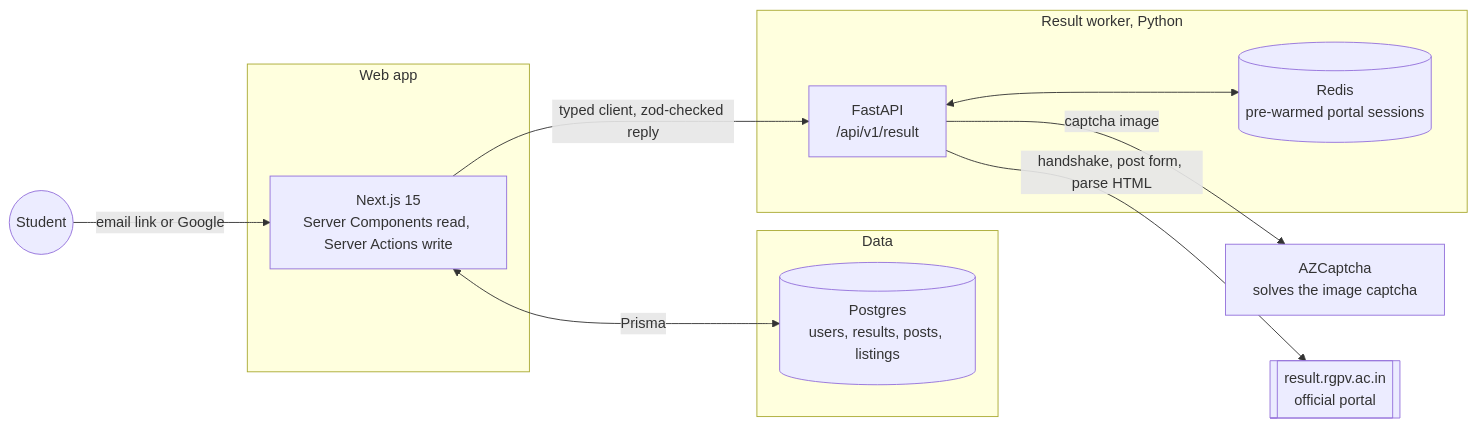
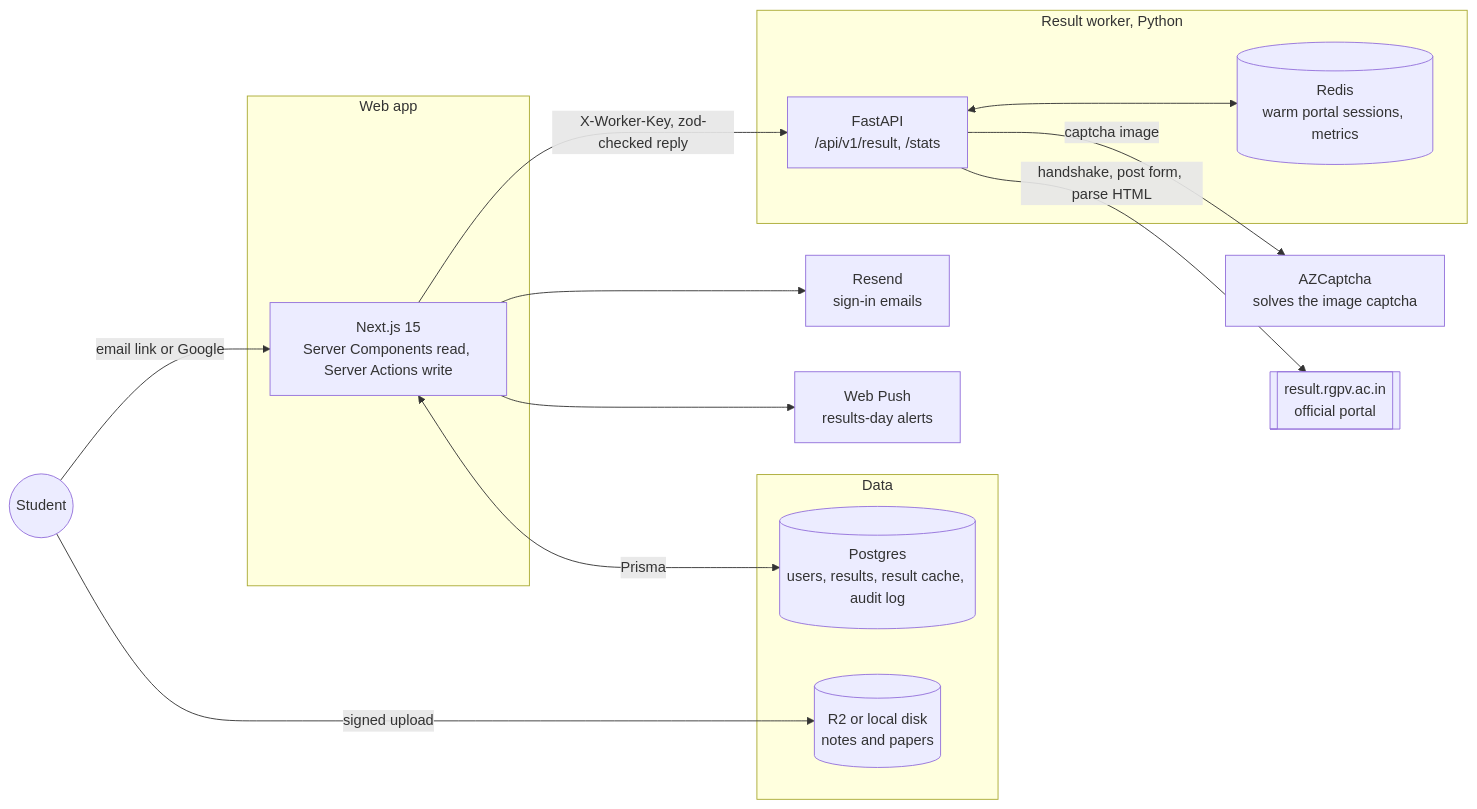
The diagram in README.md (vishalmeena2211/rgpv-connect-platform), drawn with Mermaid before and after one commit. The commit also changed other lines of this file and 30 other files, not shown here.

````diff
--- a/README.md
+++ b/README.md
@@ -85,21 +114,27 @@
 ```mermaid
 flowchart LR
   STUDENT(("Student")) -->|email link or Google| WEB
   subgraph vercel ["Web app"]
     WEB["Next.js 15<br/>Server Components read, Server Actions write"]
   end
   subgraph data ["Data"]
-    PG[("Postgres<br/>users, results, posts, listings")]
+    PG[("Postgres<br/>users, results, result cache, audit log")]
+    FILES[("R2 or local disk<br/>notes and papers")]
   end
   subgraph worker ["Result worker, Python"]
-    API["FastAPI<br/>/api/v1/result"]
-    POOL[("Redis<br/>pre-warmed portal sessions")]
+    API["FastAPI<br/>/api/v1/result, /stats"]
+    POOL[("Redis<br/>warm portal sessions, metrics")]
   end
+  MAIL["Resend<br/>sign-in emails"]
+  PUSH["Web Push<br/>results-day alerts"]
   CAPTCHA["AZCaptcha<br/>solves the image captcha"]
   RGPV[["result.rgpv.ac.in<br/>official portal"]]
   WEB <-->|Prisma| PG
-  WEB -->|typed client, zod-checked reply| API
+  STUDENT -->|signed upload| FILES
+  WEB -->|X-Worker-Key, zod-checked reply| API
+  WEB --> MAIL
+  WEB --> PUSH
   API <--> POOL
   API -->|captcha image| CAPTCHA
   API -->|handshake, post form, parse HTML| RGPV
 ```
````
